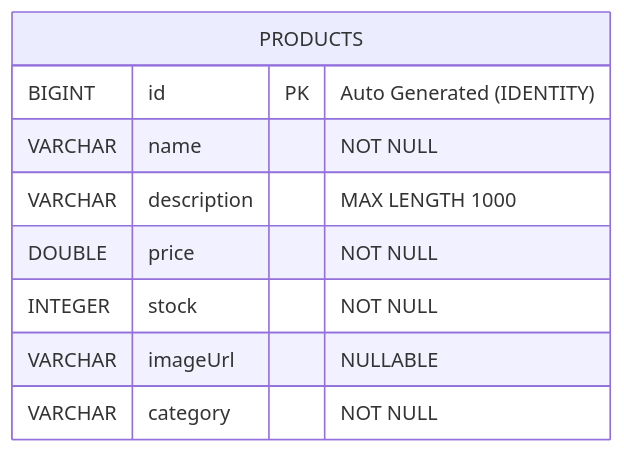
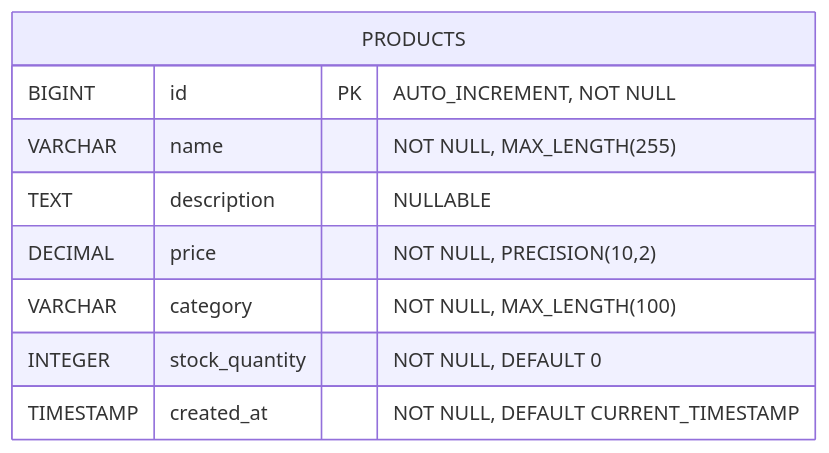
One commit to NavneetBN47/aava-ecom-demo changed the second of 9 diagrams in docs/LLD/lld.md. Above: the diagram before and after it, drawn with Mermaid. The commit also changed other lines of this file, not shown here.

Commit message:
Auto commit: Scripts committed on 2026-02-11-14-46-21

````diff
--- a/docs/LLD/lld.md
+++ b/docs/LLD/lld.md
@@ -101,12 +84,12 @@
 ```mermaid
 erDiagram
     PRODUCTS {
-        BIGINT id PK "Auto Generated (IDENTITY)"
-        VARCHAR name "NOT NULL"
-        VARCHAR description "MAX LENGTH 1000"
-        DOUBLE price "NOT NULL"
-        INTEGER stock "NOT NULL"
-        VARCHAR imageUrl "NULLABLE"
-        VARCHAR category "NOT NULL"
+        BIGINT id PK "AUTO_INCREMENT, NOT NULL"
+        VARCHAR name "NOT NULL, MAX_LENGTH(255)"
+        TEXT description "NULLABLE"
+        DECIMAL price "NOT NULL, PRECISION(10,2)"
+        VARCHAR category "NOT NULL, MAX_LENGTH(100)"
+        INTEGER stock_quantity "NOT NULL, DEFAULT 0"
+        TIMESTAMP created_at "NOT NULL, DEFAULT CURRENT_TIMESTAMP"
     }
 ```
````
